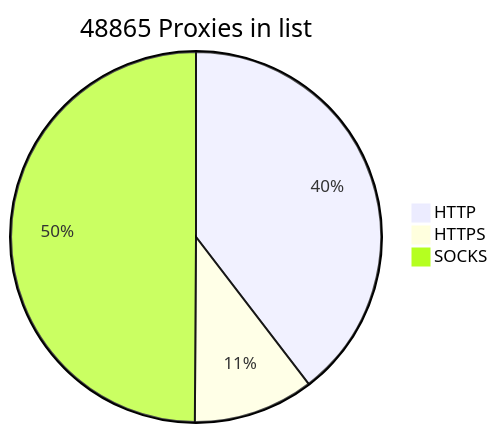
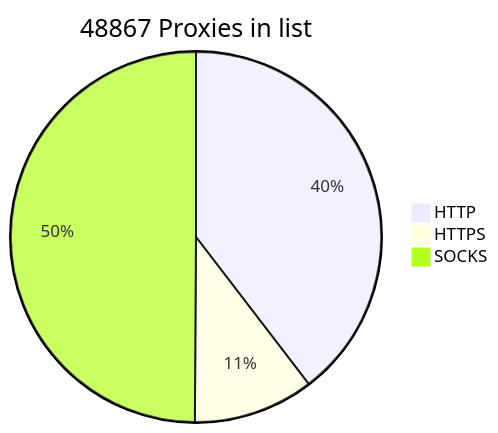
Before and after one commit to BlackSnowDot/proxylist-update-every-minute: the diagram in README.md, drawn with Mermaid.

````diff
--- a/README.md
+++ b/README.md
@@ -2,6 +2,6 @@
 ```mermaid
-pie title 48865 Proxies in list
+pie title 48867 Proxies in list
     "HTTP" : 21325
     "HTTPS": 5663
-    "SOCKS" : 26881
+    "SOCKS" : 26883
 ```
````
